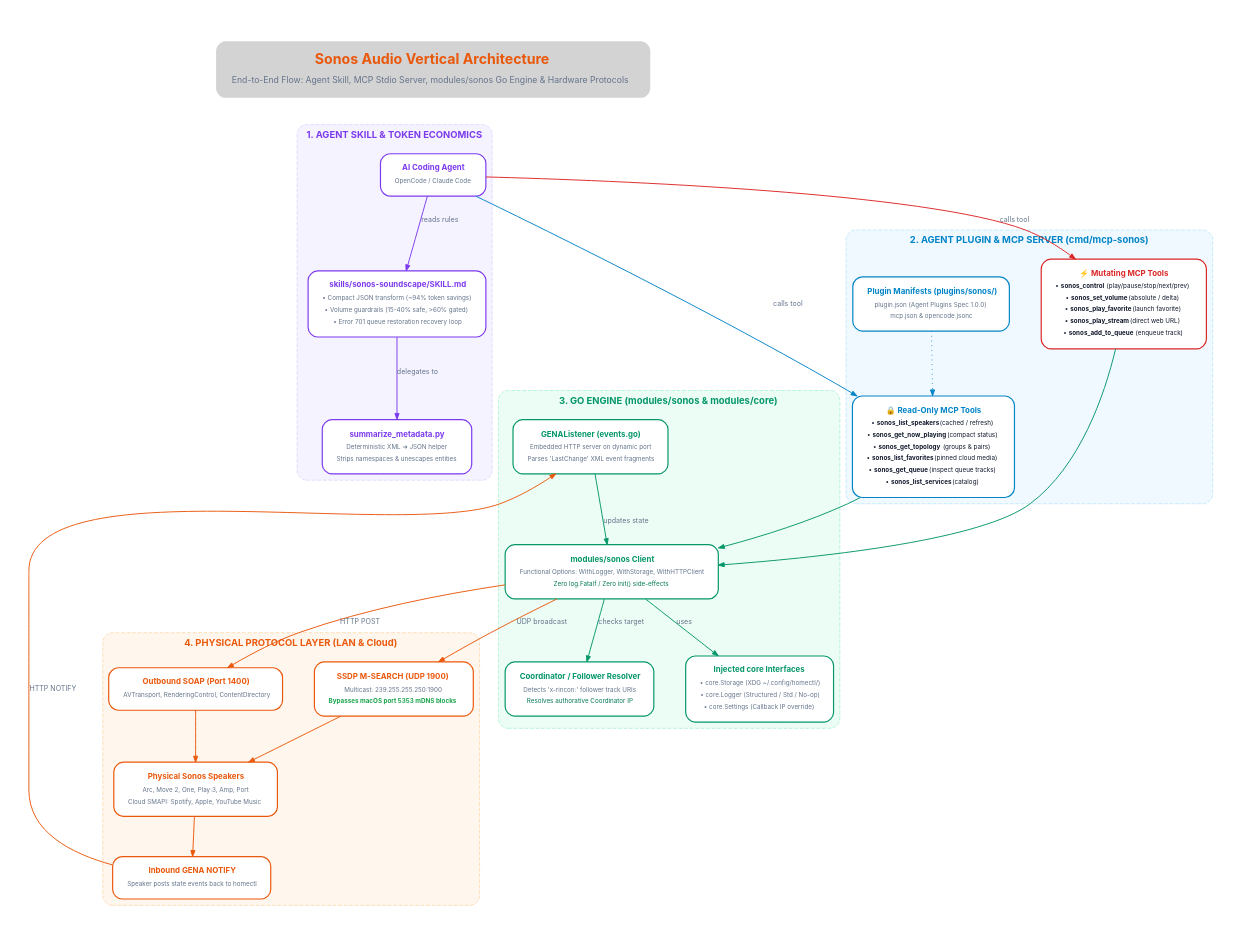
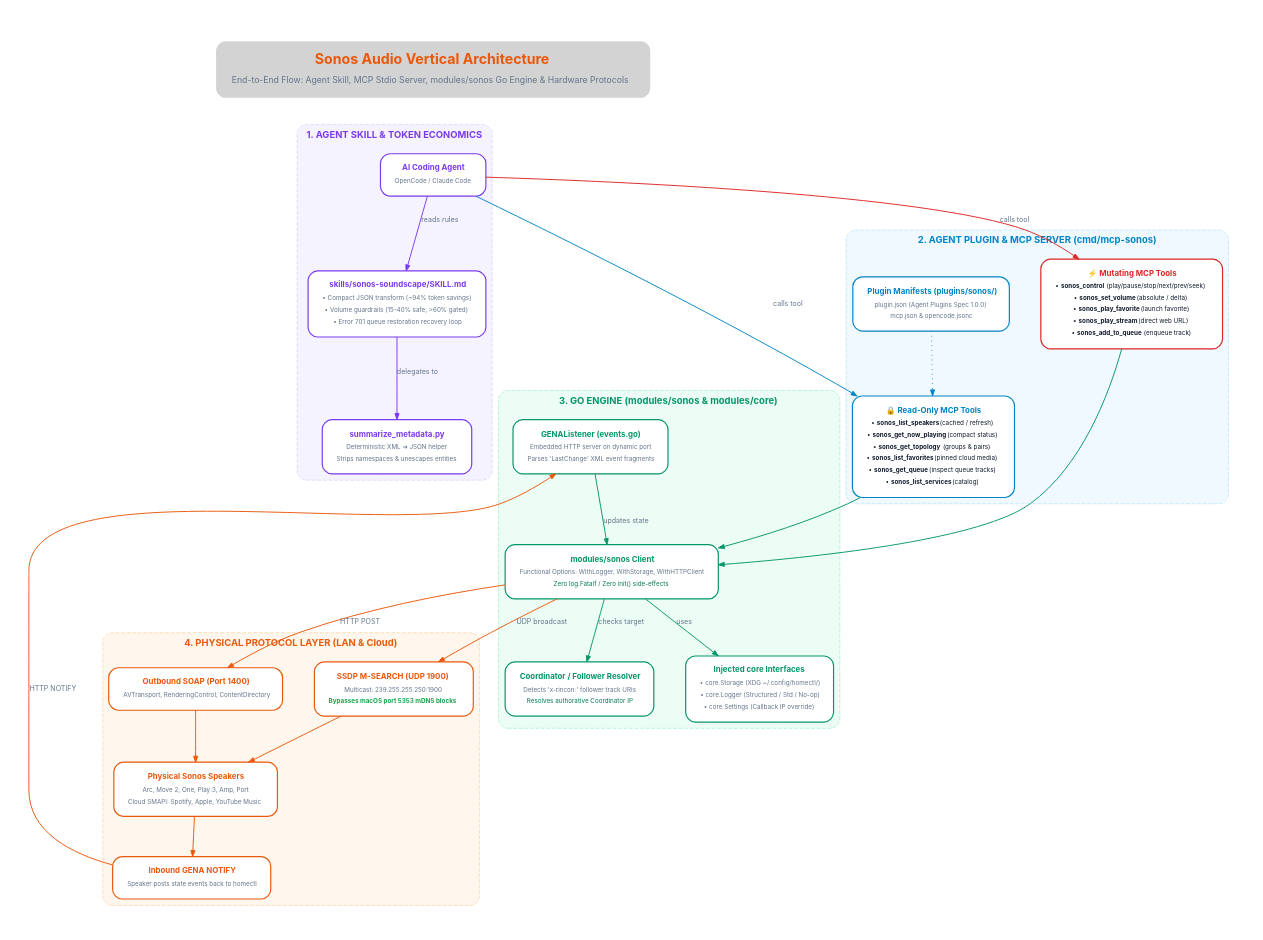
The diagram in docs/src/assets/architecture/sonos.dot (ghchinoy/homectl), drawn with Graphviz before and after one commit. The commit also changed 14 other files, not shown here.

Commit message:
feat(sonos): add UPnP Seek (track jump + time seek) via sonos_control (control-mdo)

```diff
--- a/docs/src/assets/architecture/sonos.dot
+++ b/docs/src/assets/architecture/sonos.dot
@@ -115,7 +115,7 @@
     mcp_mut_tools [
       label=<<table border="0" cellborder="0" cellspacing="2">
         <tr><td><font color="#dc2626"><b>⚡ Mutating MCP Tools</b></font></td></tr>
-        <tr><td><font color="#0f172a" point-size="8">• <b>sonos_control</b> (play/pause/stop/next/prev)</font></td></tr>
+        <tr><td><font color="#0f172a" point-size="8">• <b>sonos_control</b> (play/pause/stop/next/prev/seek)</font></td></tr>
         <tr><td><font color="#0f172a" point-size="8">• <b>sonos_set_volume</b> (absolute / delta)</font></td></tr>
         <tr><td><font color="#0f172a" point-size="8">• <b>sonos_play_favorite</b> (launch favorite)</font></td></tr>
         <tr><td><font color="#0f172a" point-size="8">• <b>sonos_play_stream</b> (direct web URL)</font></td></tr>
```
